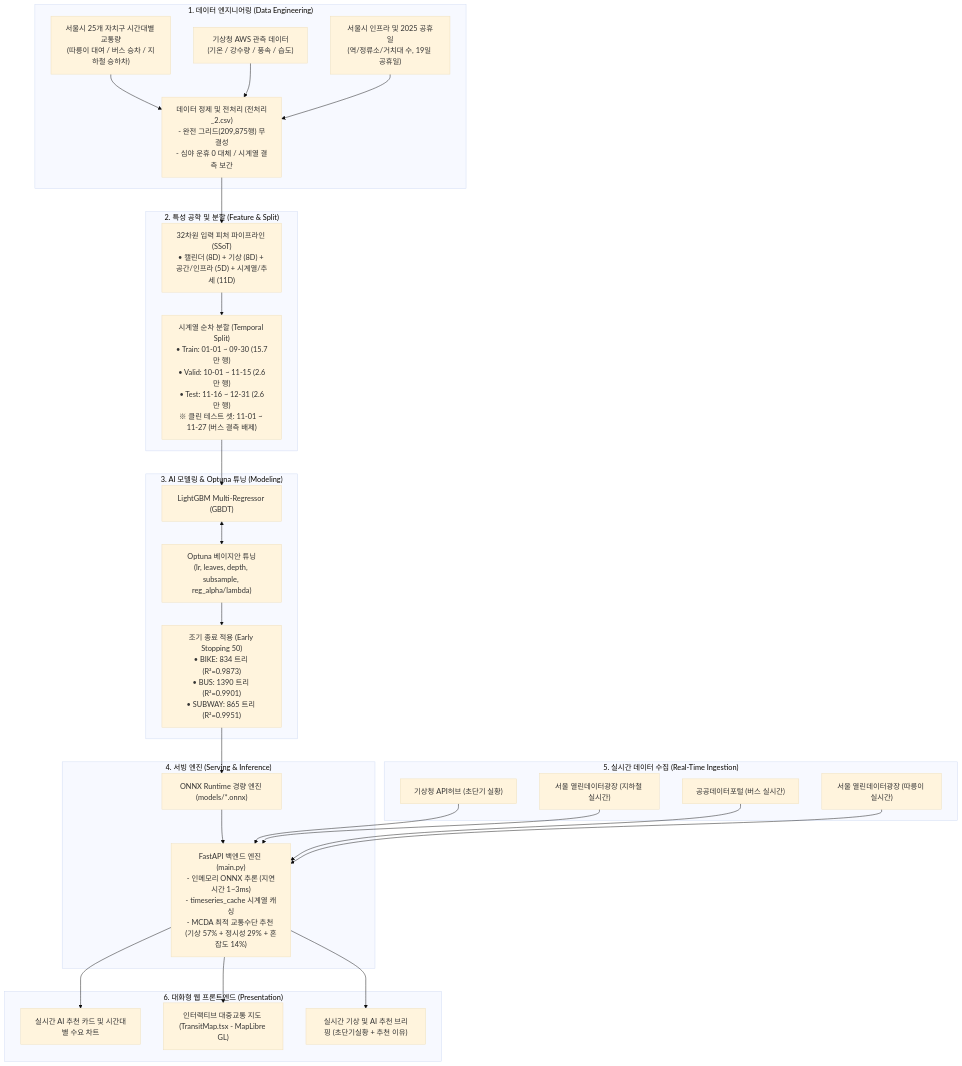
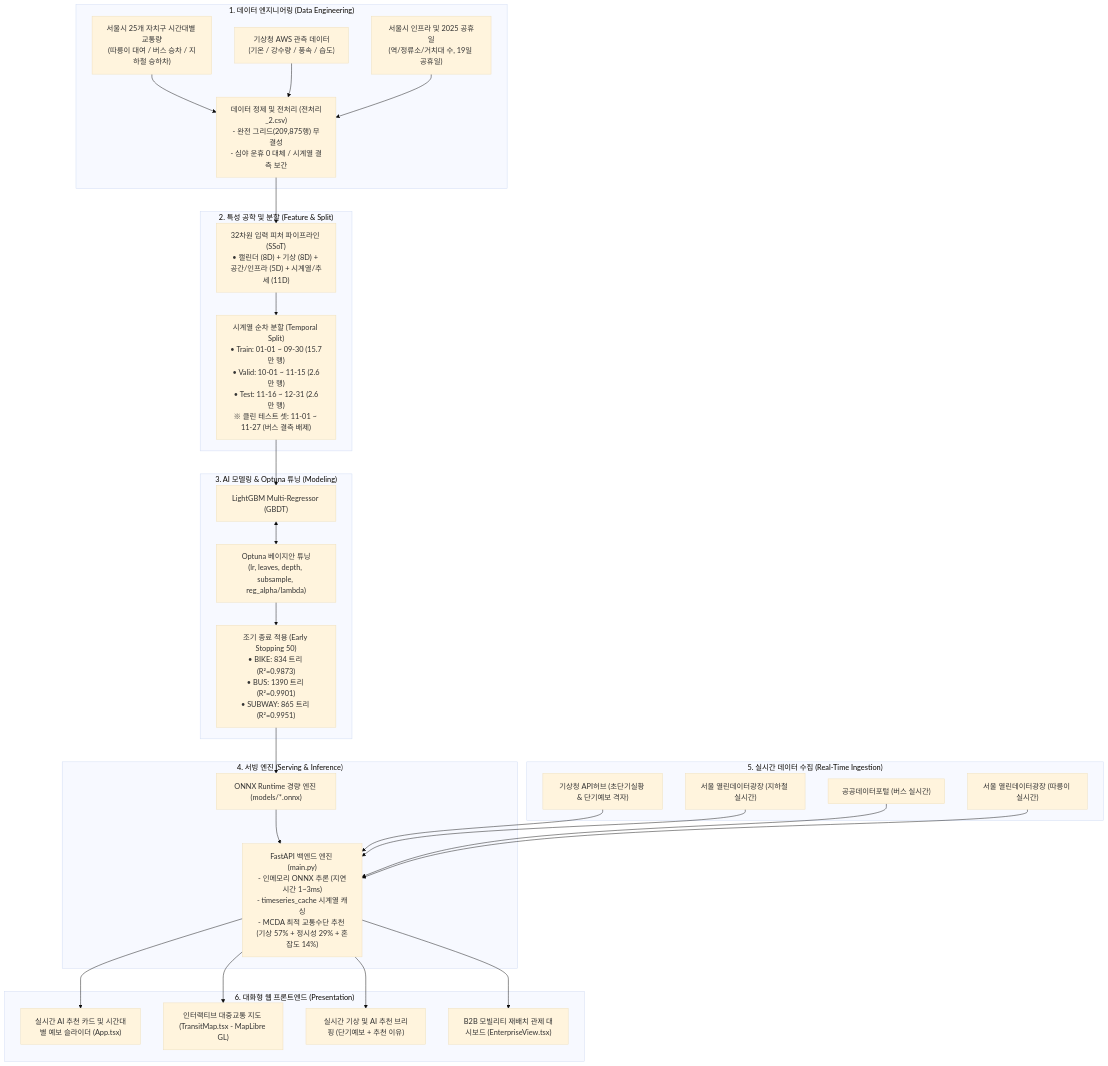
One commit to 14EE4/weather-transit-web changed the diagram in README.md. Above: the diagram before and after it, drawn with Mermaid (base theme). The commit also changed other lines of this file and 3 other files, not shown here.

````diff
--- a/README.md
+++ b/README.md
@@ -85,54 +95,55 @@
 ```mermaid
 flowchart TD
     %% 1. Raw Data & Collection
     subgraph S1 ["1. 데이터 엔지니어링 (Data Engineering)"]
         D1["서울시 25개 자치구 시간대별 교통량<br>(따릉이 대여 / 버스 승차 / 지하철 승하차)"]
         D2["기상청 AWS 관측 데이터<br>(기온 / 강수량 / 풍속 / 습도)"]
         D3["서울시 인프라 및 2025 공휴일<br>(역/정류소/거치대 수, 19일 공휴일)"]
         D1 --> DP["데이터 정제 및 전처리 (전처리_2.csv)<br>- 완전 그리드(209,875행) 무결성<br>- 심야 운휴 0 대체 / 시계열 결측 보간"]
         D2 --> DP
         D3 --> DP
     end
 
     %% 2. Feature Engineering & Dataset Split
     subgraph S2 ["2. 특성 공학 및 분할 (Feature & Split)"]
         FE["32차원 입력 피처 파이프라인 (SSoT)<br>• 캘린더 (8D) + 기상 (8D) + 공간/인프라 (5D) + 시계열/추세 (11D)"]
         DP --> FE
         FE --> SP["시계열 순차 분할 (Temporal Split)<br>• Train: 01-01 ~ 09-30 (15.7만 행)<br>• Valid: 10-01 ~ 11-15 (2.6만 행)<br>• Test: 11-16 ~ 12-31 (2.6만 행)<br>※ 클린 테스트 셋: 11-01 ~ 11-27 (버스 결측 배제)"]
     end
 
     %% 3. Modeling & Optimization
     subgraph S3 ["3. AI 모델링 & Optuna 튜닝 (Modeling)"]
         M1["LightGBM Multi-Regressor (GBDT)"]
         OPT["Optuna 베이지안 튜닝<br>(lr, leaves, depth, subsample, reg_alpha/lambda)"]
         ES["조기 종료 적용 (Early Stopping 50)<br>• BIKE: 834 트리 (R²=0.9873)<br>• BUS: 1390 트리 (R²=0.9901)<br>• SUBWAY: 865 트리 (R²=0.9951)"]
         SP --> M1
         M1 <--> OPT
         OPT --> ES
     end
 
     %% 4. ONNX & FastAPI
     subgraph S4 ["4. 서빙 엔진 (Serving & Inference)"]
         ONNX["ONNX Runtime 경량 엔진 (models/*.onnx)"]
         ES --> ONNX
         API["FastAPI 백엔드 엔진 (main.py)<br>- 인메모리 ONNX 추론 (지연시간 1~3ms)<br>- timeseries_cache 시계열 캐싱<br>- MCDA 최적 교통수단 추천 (기상 57% + 정시성 29% + 혼잡도 14%)"]
         ONNX --> API
     end
 
     %% 5. Real-Time External APIs
     subgraph S5 ["5. 실시간 데이터 수집 (Real-Time Ingestion)"]
-        EXT1["기상청 API허브 (초단기 실황)"]
+        EXT1["기상청 API허브 (초단기실황 & 단기예보 격자)"]
         EXT2["서울 열린데이터광장 (지하철 실시간)"]
         EXT3["공공데이터포털 (버스 실시간)"]
         EXT4["서울 열린데이터광장 (따릉이 실시간)"]
         EXT1 & EXT2 & EXT3 & EXT4 --> API
     end
 
     %% 6. Presentation
     subgraph S6 ["6. 대화형 웹 프론트엔드 (Presentation)"]
-        UI1["실시간 AI 추천 카드 및 시간대별 수요 차트"]
+        UI1["실시간 AI 추천 카드 및 시간대별 예보 슬라이더 (App.tsx)"]
         UI2["인터랙티브 대중교통 지도 (TransitMap.tsx - MapLibre GL)"]
-        UI3["실시간 기상 및 AI 추천 브리핑 (초단기실황 + 추천 이유)"]
-        API --> UI1 & UI2 & UI3
+        UI3["실시간 기상 및 AI 추천 브리핑 (단기예보 + 추천 이유)"]
+        UI4["B2B 모빌리티 재배치 관제 대시보드 (EnterpriseView.tsx)"]
+        API --> UI1 & UI2 & UI3 & UI4
     end
 ```
````
